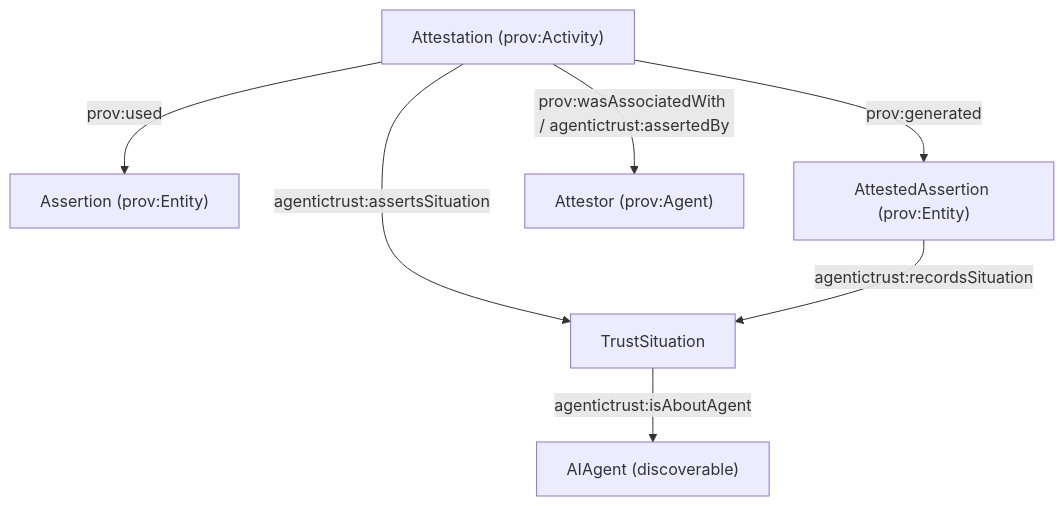
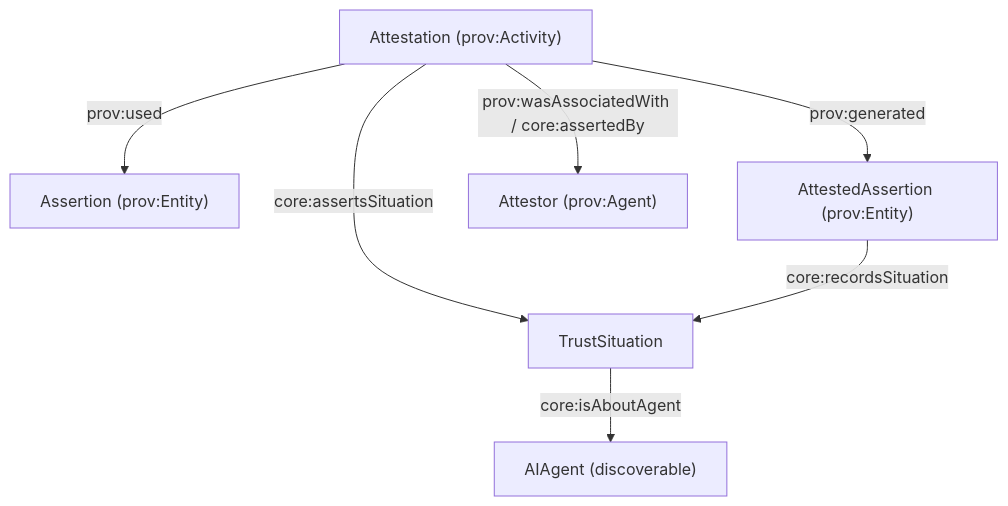
One commit to Agentic-Trust-Layer/agent-explorer changed the second of 2 diagrams in docs/ontology/oidc-a.md. Above: the diagram before and after it, drawn with Mermaid. The commit also changed other lines of this file and 49 other files, not shown here.

````diff
--- a/docs/ontology/oidc-a.md
+++ b/docs/ontology/oidc-a.md
@@ -138,16 +138,16 @@
 ```mermaid
 graph TB
   Agent["AIAgent (discoverable)"]
   Sit["TrustSituation"]
   Assertion["Assertion (prov:Entity)"]
   Attestation["Attestation (prov:Activity)"]
   Attested["AttestedAssertion (prov:Entity)"]
   Attestor["Attestor (prov:Agent)"]
 
-  Sit -->|agentictrust:isAboutAgent| Agent
-  Attestation -->|agentictrust:assertsSituation| Sit
+  Sit -->|core:isAboutAgent| Agent
+  Attestation -->|core:assertsSituation| Sit
   Attestation -->|prov:used| Assertion
   Attestation -->|prov:generated| Attested
-  Attestation -->|prov:wasAssociatedWith / agentictrust:assertedBy| Attestor
-  Attested -->|agentictrust:recordsSituation| Sit
+  Attestation -->|prov:wasAssociatedWith / core:assertedBy| Attestor
+  Attested -->|core:recordsSituation| Sit
 ```
````
